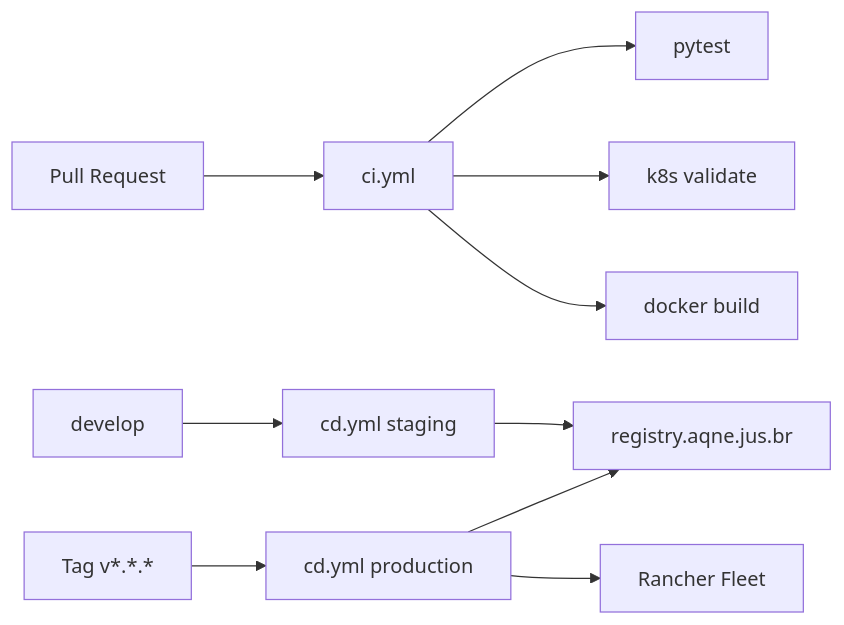
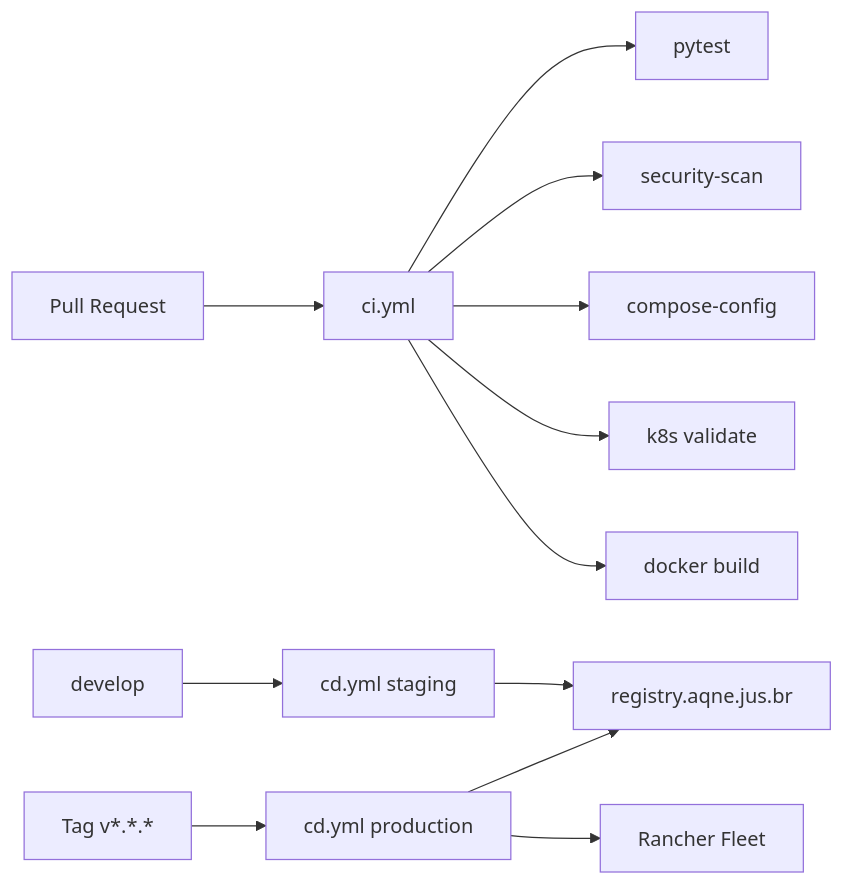
Before and after one commit to avilarezende/segportal: the diagram in docs/CI_CD.md, drawn with Mermaid. The commit also changed other lines of this file and 14 other files, not shown here.

````diff
--- a/docs/CI_CD.md
+++ b/docs/CI_CD.md
@@ -7,12 +7,14 @@
 ```mermaid
 flowchart LR
     PR[Pull Request] --> CI[ci.yml]
     CI --> T[pytest]
+    CI --> S[security-scan]
+    CI --> C[compose-config]
     CI --> K[k8s validate]
     CI --> D[docker build]
     develop --> CDstg[cd.yml staging]
     tag[Tag v*.*.*] --> CDprod[cd.yml production]
     CDstg --> R[registry.aqne.jus.br]
     CDprod --> R
     CDprod --> Fleet[Rancher Fleet]
 ```
````
